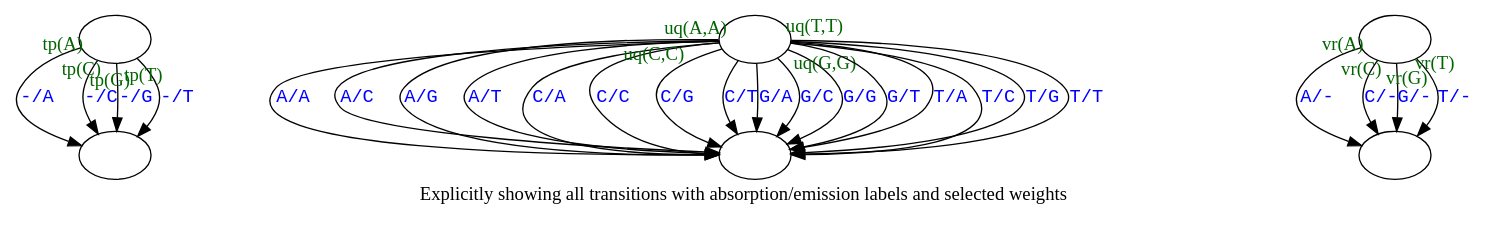
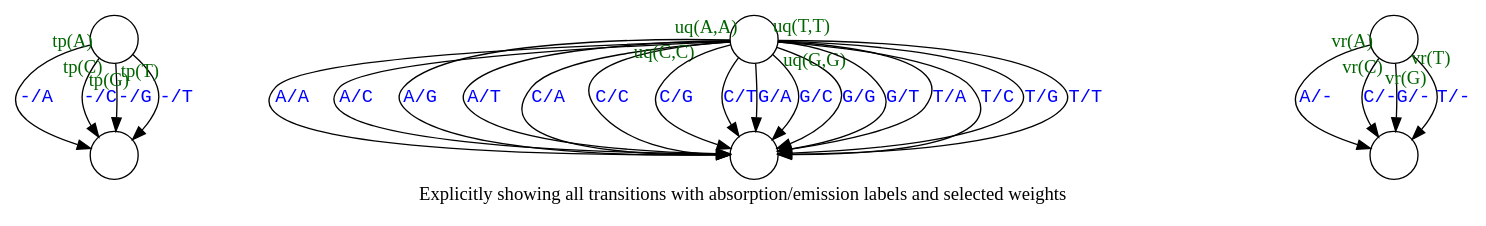
One commit to ihh/transducer-tutorial changed the diagram in fanned-emission.dot. Above: the diagram before and after it, drawn with Graphviz. The commit also changed 7 other files, not shown here.

```diff
--- a/fanned-emission.dot
+++ b/fanned-emission.dot
@@ -1,45 +1,45 @@
 digraph G {
 
-    S [label=""];
+    S [label="", shape=circle];
 
-    I [label=""];
+    I [label="", shape=circle];
 
-    W [label="", ordering="out"];
-    X [label=""];
+    W [label="", shape=circle, ordering="out"];
+    X [label="", shape=circle];
 
-    M [label=""];
+    M [label="", shape=circle];
 
-    D [label=""];
+    D [label="", shape=circle];
 
 S->I [label="-/A" taillabel="tp(A)" labeldistance=1.4 fontcolor="blue" labelfontcolor="black" fontname="Courier" labelfontname="Times" labelfontcolor="darkgreen"];
 S->I [label="-/C" taillabel="tp(C)" labeldistance=1.4 fontcolor="blue" labelfontcolor="black" fontname="Courier" labelfontname="Times" labelfontcolor="darkgreen"];
 S->I [label="-/G" taillabel="tp(G)" labeldistance=1.4 fontcolor="blue" labelfontcolor="black" fontname="Courier" labelfontname="Times" labelfontcolor="darkgreen"];
 S->I [label="-/T" taillabel="tp(T)" labeldistance=1.4 fontcolor="blue" labelfontcolor="black" fontname="Courier" labelfontname="Times" labelfontcolor="darkgreen"];
 
 X->D [label="A/-" taillabel="vr(A)" labeldistance=1.4 fontcolor="blue" labelfontcolor="black" fontname="Courier" labelfontname="Times" labelfontcolor="darkgreen"];
 X->D [label="C/-" taillabel="vr(C)" labeldistance=1.4 fontcolor="blue" labelfontcolor="black" fontname="Courier" labelfontname="Times" labelfontcolor="darkgreen"];
 X->D [label="G/-" taillabel="vr(G)" labelangle=30 labeldistance=1.4 fontcolor="blue" labelfontcolor="black" fontname="Courier" labelfontname="Times" labelfontcolor="darkgreen"];
 X->D [label="T/-" taillabel="vr(T)" labelangle=30 labeldistance=1.4 fontcolor="blue" labelfontcolor="black" fontname="Courier" labelfontname="Times" labelfontcolor="darkgreen"];
 
 W->M [label="A/A" taillabel="uq(A,A)" labelangle=330 labeldistance=2 fontcolor="blue" labelfontcolor="black" fontname="Courier" labelfontname="Times" labelfontcolor="darkgreen"];
 W->M [label="A/C" fontcolor="blue" fontname="Courier"];
 W->M [label="A/G" fontcolor="blue" fontname="Courier"];
 W->M [label="A/T" fontcolor="blue" fontname="Courier"];
 
 W->M [label="C/A" fontcolor="blue" fontname="Courier"];
 W->M [label="C/C" taillabel="uq(C,C)" labelangle=5 labeldistance=5 fontcolor="blue" labelfontcolor="black" fontname="Courier" labelfontname="Times" labelfontcolor="darkgreen"];
 W->M [label="C/G" fontcolor="blue" fontname="Courier"];
 W->M [label="C/T" fontcolor="blue" fontname="Courier"];
 
 W->M [label="G/A" fontcolor="blue" fontname="Courier"];
 W->M [label="G/C" fontcolor="blue" fontname="Courier"];
 W->M [label="G/G" taillabel="uq(G,G)" labelangle=0 labeldistance=3 fontcolor="blue" labelfontcolor="black" fontname="Courier" labelfontname="Times" labelfontcolor="darkgreen"];
 W->M [label="G/T" fontcolor="blue" fontname="Courier"];
 
 W->M [label="T/A" fontcolor="blue" fontname="Courier"];
 W->M [label="T/C" fontcolor="blue" fontname="Courier"];
 W->M [label="T/G" fontcolor="blue" fontname="Courier"];
 W->M [label="T/T" taillabel="uq(T,T)" labelangle=30 labeldistance=2 fontcolor="blue" labelfontcolor="black" fontname="Courier" labelfontname="Times" labelfontcolor="darkgreen"];
 
     label="Explicitly showing all transitions with absorption/emission labels and selected weights";
 }
```
